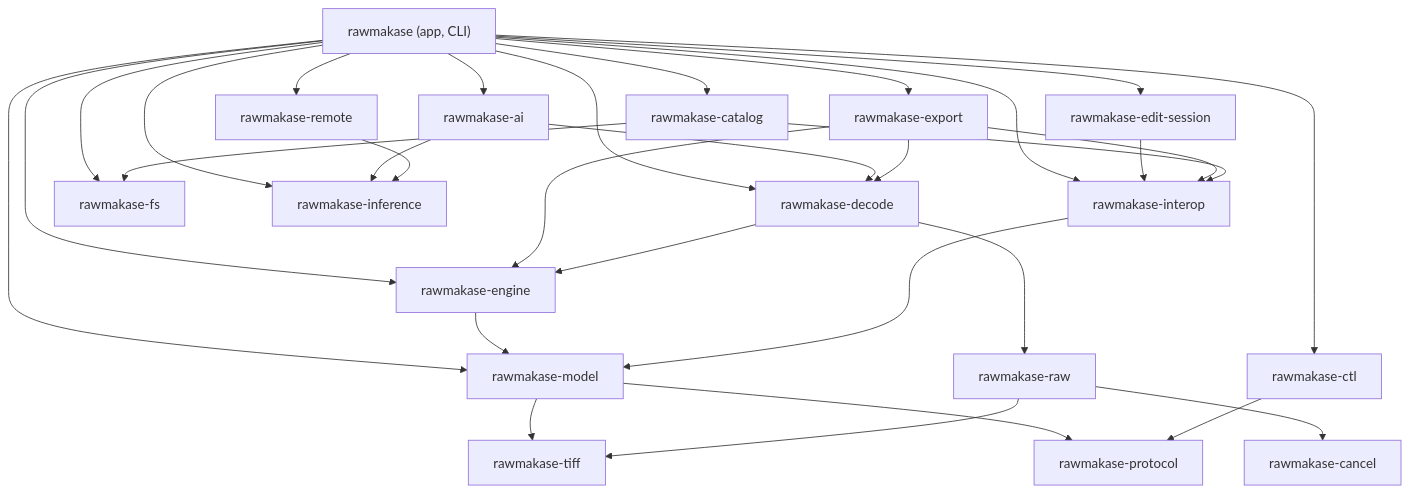
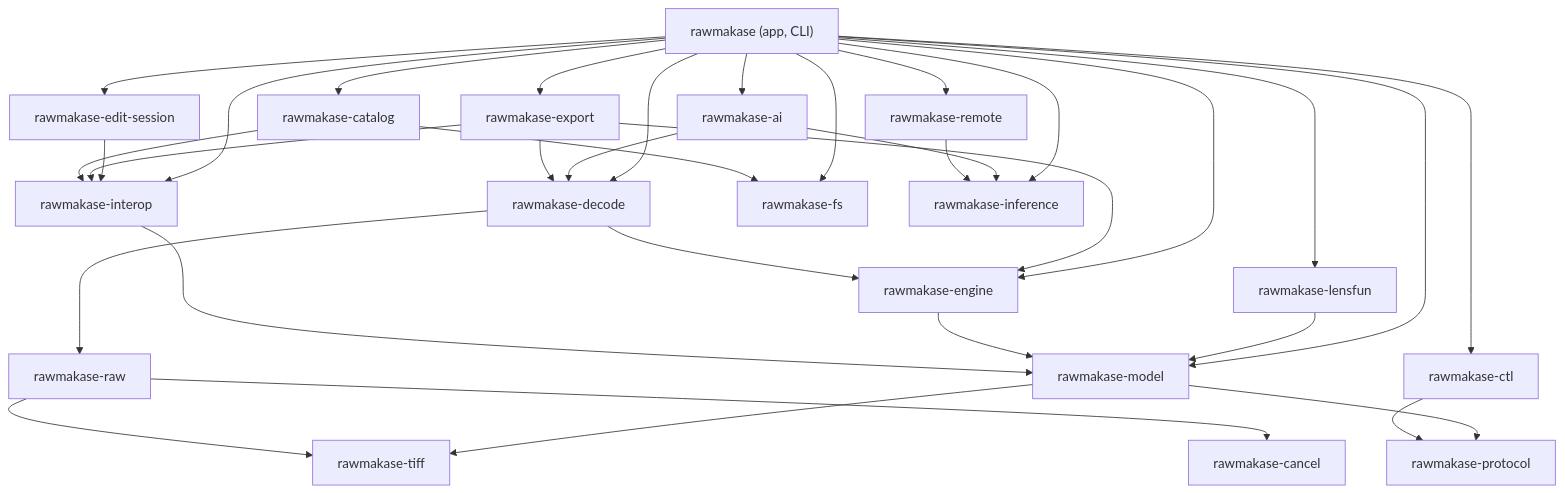
One commit to ljbergmann/rawmakase changed the diagram in docs/architecture.md. Above: the diagram before and after it, drawn with Mermaid. The commit also changed other lines of this file and 30 other files, not shown here.

````diff
--- a/docs/architecture.md
+++ b/docs/architecture.md
@@ -15,34 +15,36 @@
 ```mermaid
 flowchart TD
     app["rawmakase (app, CLI)"]
     export[rawmakase-export]
     decode[rawmakase-decode]
     catalog[rawmakase-catalog]
     engine[rawmakase-engine]
     interop[rawmakase-interop]
     model[rawmakase-model]
     raw[rawmakase-raw]
     tiff[rawmakase-tiff]
     cancel[rawmakase-cancel]
     fs[rawmakase-fs]
     protocol[rawmakase-protocol]
     ctl[rawmakase-ctl]
     remote[rawmakase-remote]
     inference[rawmakase-inference]
     session[rawmakase-edit-session]
     ai[rawmakase-ai]
+    lensfun[rawmakase-lensfun]
 
     app --> export & decode & catalog & engine & interop & model
-    app --> ctl & remote & inference & fs & session & ai
+    app --> ctl & remote & inference & fs & session & ai & lensfun
     session --> interop
     ai --> decode & inference
+    lensfun --> model
     export --> decode & engine & interop
     decode --> engine & raw
     catalog --> interop & fs
     engine --> model
     interop --> model
     model --> tiff & protocol
     raw --> tiff & cancel
     ctl --> protocol
     remote --> inference
 ```
````
